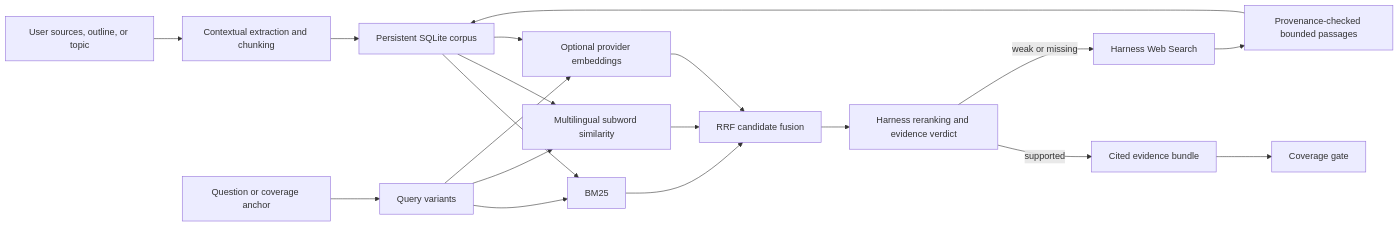
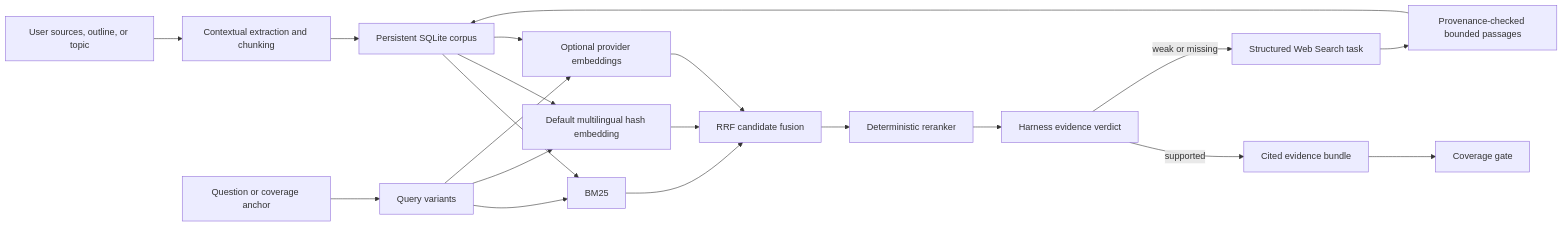
The diagram in docs/RAG_DESIGN.md (panjose/Atom-Learn), drawn with Mermaid before and after one commit. The commit also changed other lines of this file and 11 other files, not shown here.

````diff
--- a/docs/RAG_DESIGN.md
+++ b/docs/RAG_DESIGN.md
@@ -25,21 +25,22 @@
 ```mermaid
 flowchart LR
     A["User sources, outline, or topic"] --> B["Contextual extraction and chunking"]
     B --> C["Persistent SQLite corpus"]
     Q["Question or coverage anchor"] --> D["Query variants"]
     C --> E["BM25"]
-    C --> F["Multilingual subword similarity"]
+    C --> F["Default multilingual hash embedding"]
     C --> G["Optional provider embeddings"]
     D --> E
     D --> F
     D --> G
     E --> H["RRF candidate fusion"]
     F --> H
     G --> H
-    H --> I["Harness reranking and evidence verdict"]
-    I -->|"supported"| J["Cited evidence bundle"]
-    I -->|"weak or missing"| K["Harness Web Search"]
+    H --> I["Deterministic reranker"]
+    I --> V["Harness evidence verdict"]
+    V -->|"supported"| J["Cited evidence bundle"]
+    V -->|"weak or missing"| K["Structured Web Search task"]
     K --> L["Provenance-checked bounded passages"]
     L --> C
     J --> M["Coverage gate"]
 ```
````
